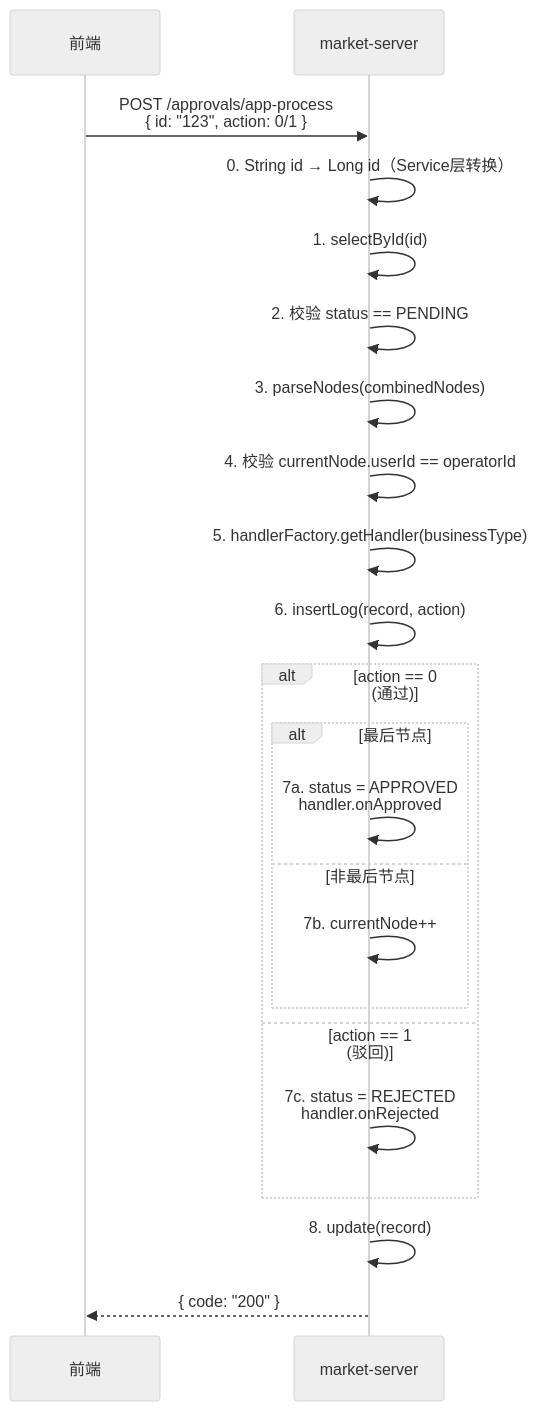
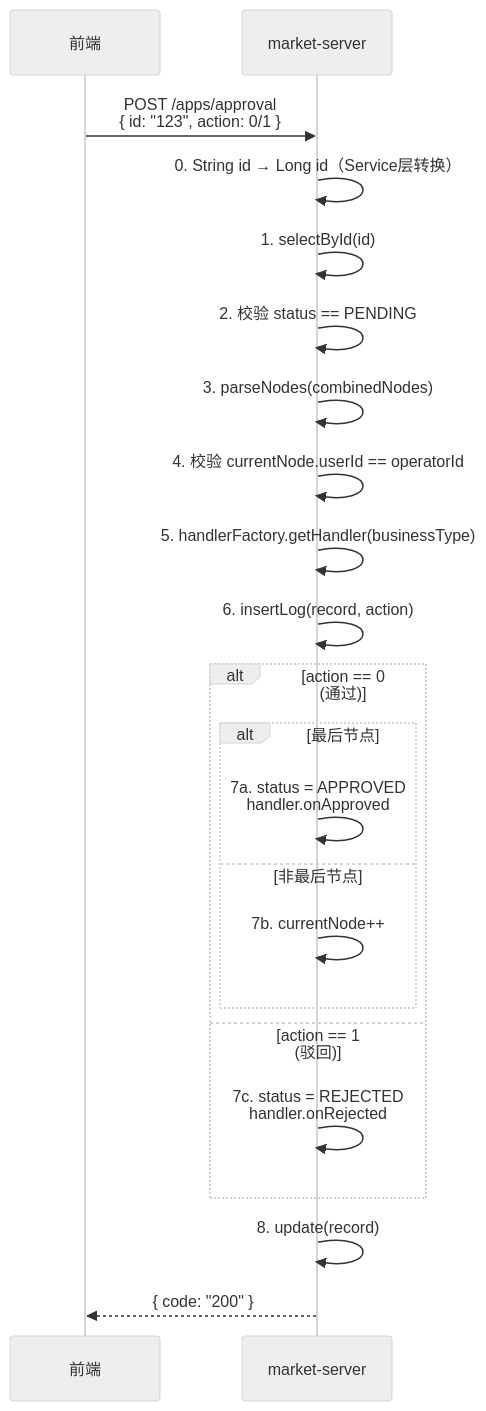
Before and after one commit to THZSummer/open-app: the sixth of 7 diagrams in docs/market-server/approval-management-requirement.md, drawn with Mermaid (neutral theme). The commit also changed other lines of this file and 3 other files, not shown here.

First line of the commit message:
refactor(approval): rename API URL prefix /approvals/ -> /apps/

````diff
--- a/docs/market-server/approval-management-requirement.md
+++ b/docs/market-server/approval-management-requirement.md
@@ -554,25 +555,25 @@
 ```mermaid
 sequenceDiagram
     participant FE as 前端
     participant MS as market-server
 
-    FE->>MS: POST /approvals/app-process<br/>{ id: "123", action: 0/1 }
+    FE->>MS: POST /apps/approval<br/>{ id: "123", action: 0/1 }
     MS->>MS: 0. String id → Long id（Service层转换）
     MS->>MS: 1. selectById(id)
     MS->>MS: 2. 校验 status == PENDING
     MS->>MS: 3. parseNodes(combinedNodes)
     MS->>MS: 4. 校验 currentNode.userId == operatorId
     MS->>MS: 5. handlerFactory.getHandler(businessType)
     MS->>MS: 6. insertLog(record, action)
     alt action == 0 (通过)
         alt 最后节点
             MS->>MS: 7a. status = APPROVED<br/>handler.onApproved
         else 非最后节点
             MS->>MS: 7b. currentNode++
         end
     else action == 1 (驳回)
         MS->>MS: 7c. status = REJECTED<br/>handler.onRejected
     end
     MS->>MS: 8. update(record)
     MS-->>FE: { code: "200" }
 ```
````
